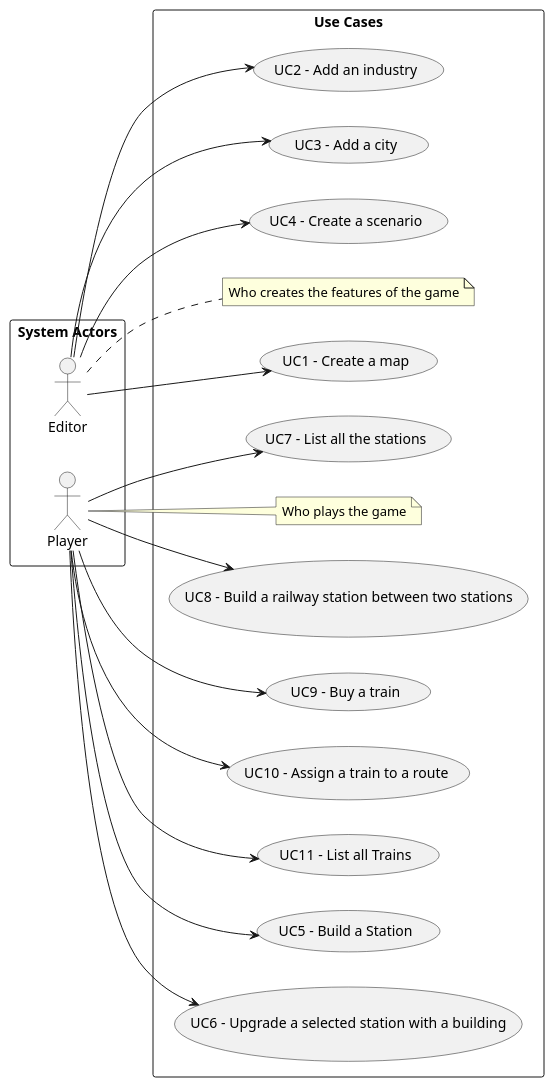
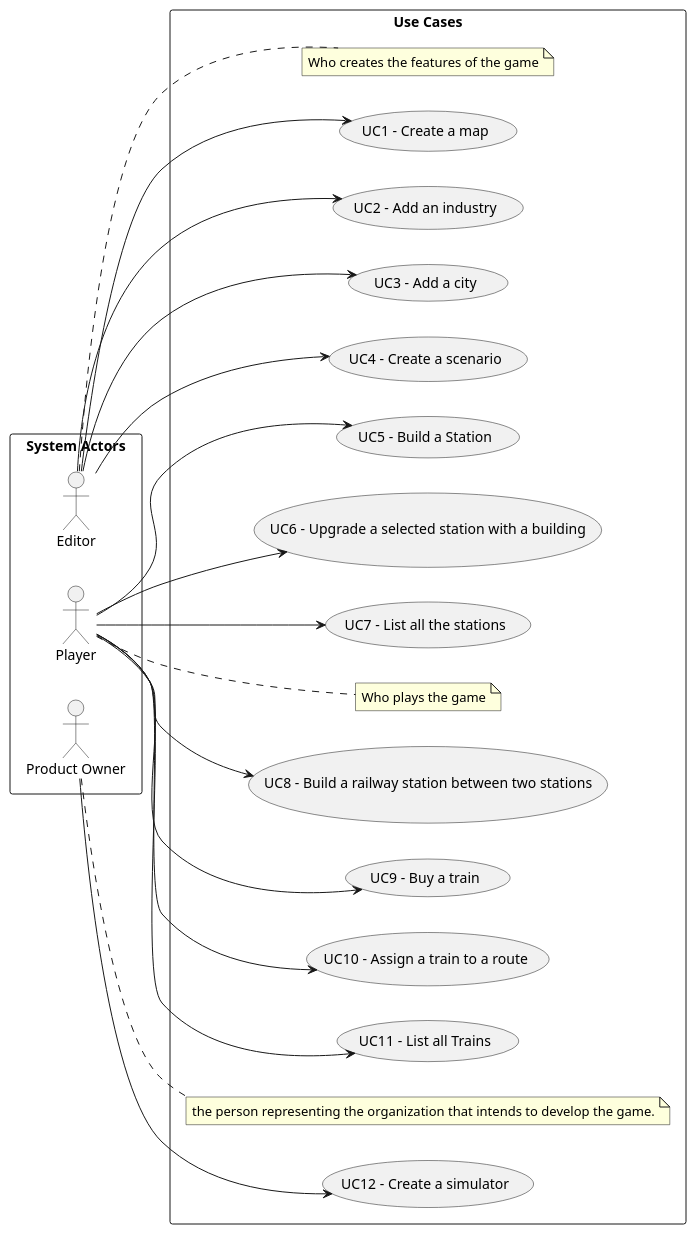
The diagram in docs/sprint1/global-artifacts/01.requirements-engineering/puml/use-case-diagram.puml (ivasduarte/all-aboard), drawn with PlantUML before and after one commit. The commit also changed 1 other file, not shown here.

```diff
--- a/docs/sprint1/global-artifacts/01.requirements-engineering/puml/use-case-diagram.puml
+++ b/docs/sprint1/global-artifacts/01.requirements-engineering/puml/use-case-diagram.puml
@@ -1,55 +1,59 @@
 @startuml
 'skinparam monochrome true
 skinparam packageStyle rectangle
 'skinparam shadowing false
 
 
 
 'title Use Case Diagram Example
 
 left to right direction
 
 rectangle "System Actors" as actors {
     actor Editor
     actor "Player" as Player
-    'actor "Product Owner" as PO
+    actor "Product Owner" as PO
 }
 
 
 
 rectangle "Use Cases" as usecases{
     note right of Editor
         Who creates the features of the game
     end note
 
     note right of Player
         Who plays the game
+    end note
+
+    note right of PO
+        the person representing the organization that intends to develop the game.
     end note
     usecase "UC1 - Create a map" as UC1
         Editor --> UC1
     usecase "UC2 - Add an industry" as UC2
         Editor --> UC2
     usecase "UC3 - Add a city" as UC3
         Editor --> UC3
     usecase "UC4 - Create a scenario" as UC4
          Editor --> UC4
     usecase "UC5 - Build a Station" as UC5
          Player --> UC5
     usecase "UC6 - Upgrade a selected station with a building" as UC6
          Player --> UC6
     usecase "UC7 - List all the stations" as UC7
          Player --> UC7
     usecase "UC8 - Build a railway station between two stations" as UC8
          Player --> UC8
     usecase "UC9 - Buy a train" as UC9
          Player --> UC9
     usecase "UC10 - Assign a train to a route" as UC10
          Player --> UC10
     usecase "UC11 - List all Trains" as UC11
          Player --> UC11
-    'usecase "UC12 - (add title here)" as UC12
-         'PO --> UC12
+    usecase "UC12 - Create a simulator" as UC12
+         PO --> UC12
 }
 
 
 @enduml
```
